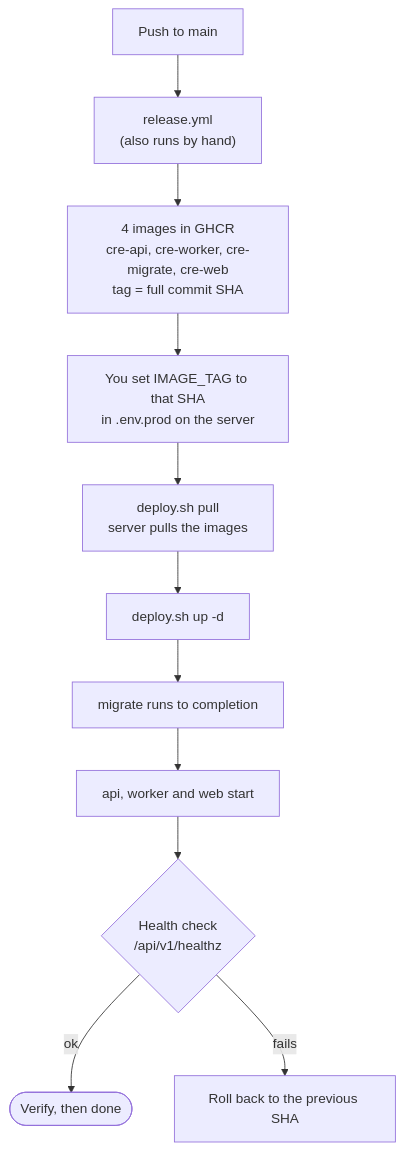
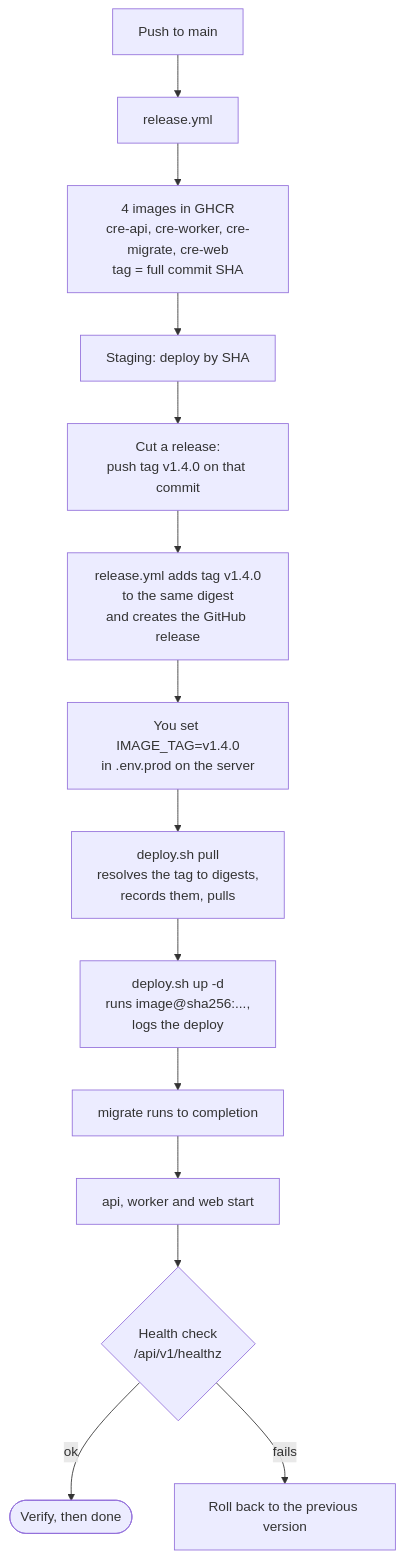
Before and after one commit to suppakorn-tae/cre-website: the diagram in docs/runbooks/deploy.md, drawn with Mermaid. The commit also changed other lines of this file and 6 other files, not shown here.

First line of the commit message:
chore(deploy): release by version tag and pin deploys to the digest

````diff
--- a/docs/runbooks/deploy.md
+++ b/docs/runbooks/deploy.md
@@ -15,13 +15,16 @@
 ```mermaid
 flowchart TD
-    push["Push to main"] --> rel["release.yml<br/>(also runs by hand)"]
+    push["Push to main"] --> rel["release.yml"]
     rel --> img["4 images in GHCR<br/>cre-api, cre-worker, cre-migrate, cre-web<br/>tag = full commit SHA"]
-    img --> tag["You set IMAGE_TAG to that SHA<br/>in .env.prod on the server"]
-    tag --> pull["deploy.sh pull<br/>server pulls the images"]
-    pull --> up["deploy.sh up -d"]
+    img --> stg["Staging: deploy by SHA"]
+    stg --> vtag["Cut a release:<br/>push tag v1.4.0 on that commit"]
+    vtag --> rel2["release.yml adds tag v1.4.0<br/>to the same digest<br/>and creates the GitHub release"]
+    rel2 --> tag["You set IMAGE_TAG=v1.4.0<br/>in .env.prod on the server"]
+    tag --> pull["deploy.sh pull<br/>resolves the tag to digests,<br/>records them, pulls"]
+    pull --> up["deploy.sh up -d<br/>runs image@sha256:...,<br/>logs the deploy"]
     up --> mig["migrate runs to completion"]
     mig --> svc["api, worker and web start"]
     svc --> hc{"Health check<br/>/api/v1/healthz"}
     hc -- "ok" --> done(["Verify, then done"])
-    hc -- "fails" --> rb["Roll back to the previous SHA"]
+    hc -- "fails" --> rb["Roll back to the previous version"]
 ```
````
